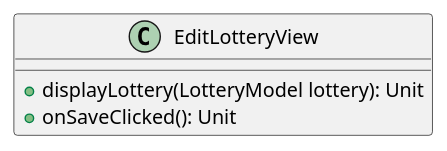
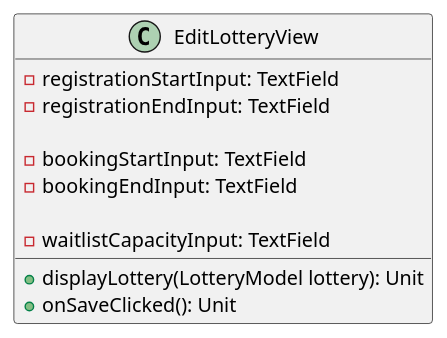
Before and after one commit to CMPUT301F26cipher/cipher-proj: the diagram in doc/wiki-images/UML/lottery/EditLotteryView.puml, drawn with PlantUML. The commit also changed 6 other files, not shown here.

```diff
--- a/doc/wiki-images/UML/lottery/EditLotteryView.puml
+++ b/doc/wiki-images/UML/lottery/EditLotteryView.puml
@@ -1,11 +1,22 @@
 
 class EditLotteryView {
     ' display current lottery information that can be editable
     
+    
+    ' textbox to set registration period
+    -registrationStartInput: TextField
+    -registrationEndInput: TextField
+
+    ' textbox to set booking period
+    -bookingStartInput: TextField
+    -bookingEndInput: TextField
+
+    ' textbox to set number of lottery winners
+    -waitlistCapacityInput: TextField
 
     ' --- methods ---
     +displayLottery(LotteryModel lottery): Unit
     ' save button
     +onSaveClicked(): Unit
 
 }
```
